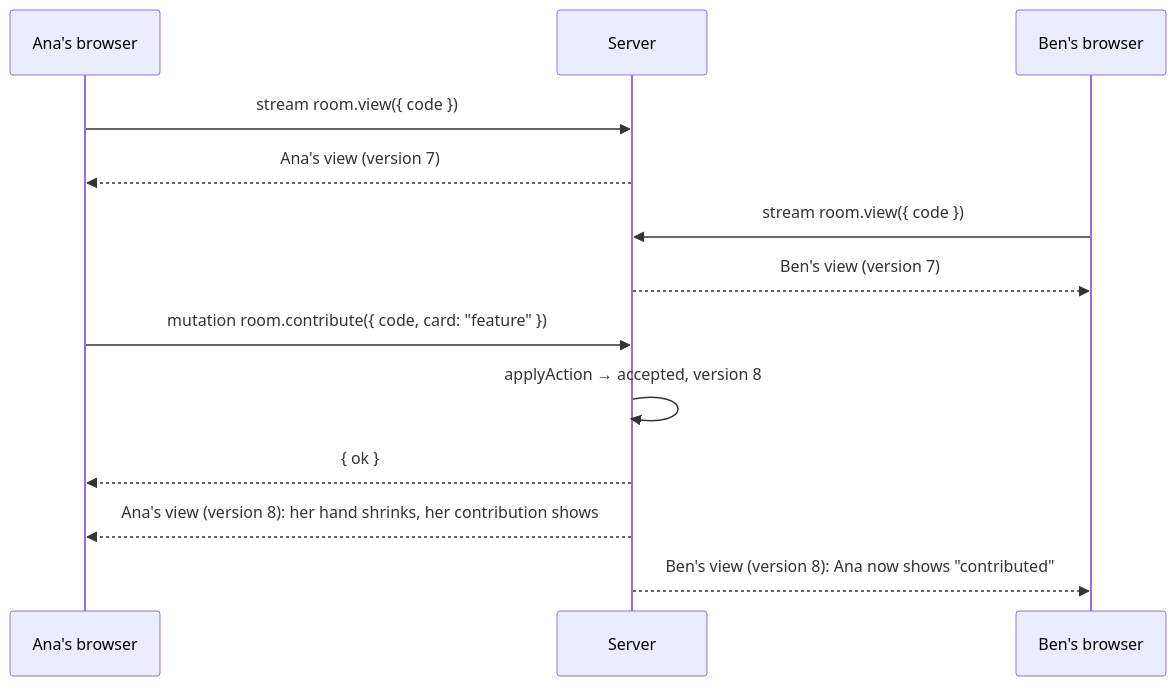
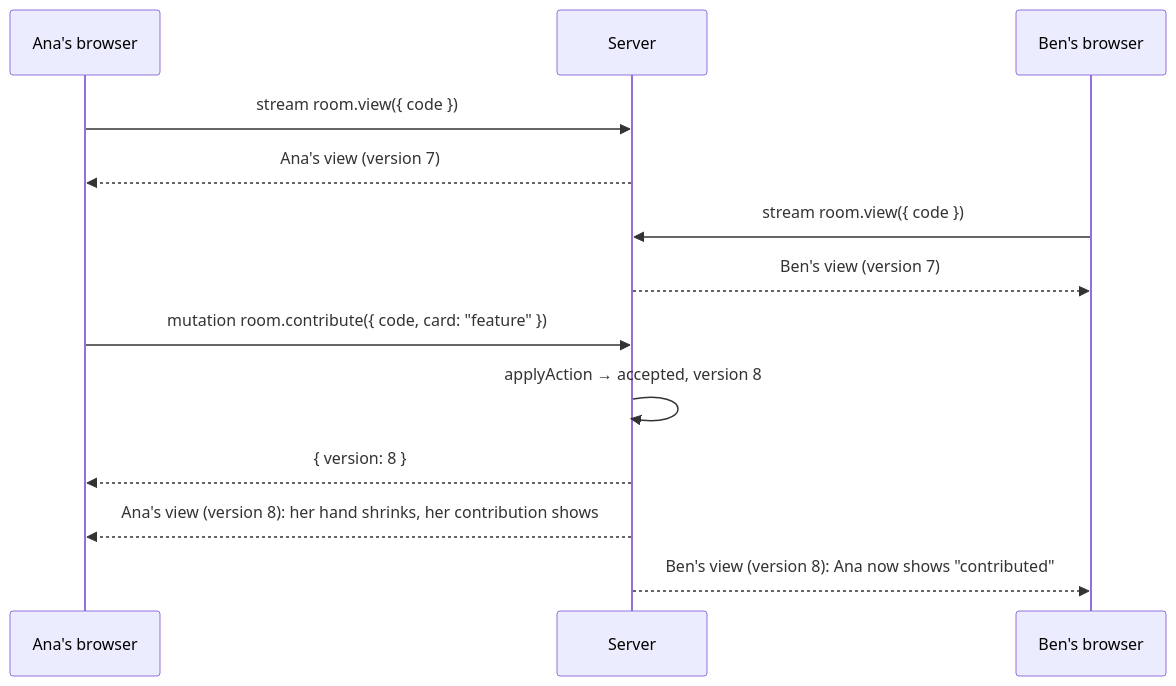
One commit to theo-matzavinos/strategic-realignment changed the diagram in docs/architecture.md. Above: the diagram before and after it, drawn with Mermaid. The commit also changed other lines of this file and 22 other files, not shown here.

````diff
--- a/docs/architecture.md
+++ b/docs/architecture.md
@@ -35,15 +35,15 @@
 ```mermaid
 sequenceDiagram
     participant A as Ana's browser
     participant S as Server
     participant B as Ben's browser
     A->>S: stream room.view({ code })
     S-->>A: Ana's view (version 7)
     B->>S: stream room.view({ code })
     S-->>B: Ben's view (version 7)
     A->>S: mutation room.contribute({ code, card: "feature" })
     S->>S: applyAction → accepted, version 8
-    S-->>A: { ok }
+    S-->>A: { version: 8 }
     S-->>A: Ana's view (version 8): her hand shrinks, her contribution shows
     S-->>B: Ben's view (version 8): Ana now shows "contributed"
 ```
````
